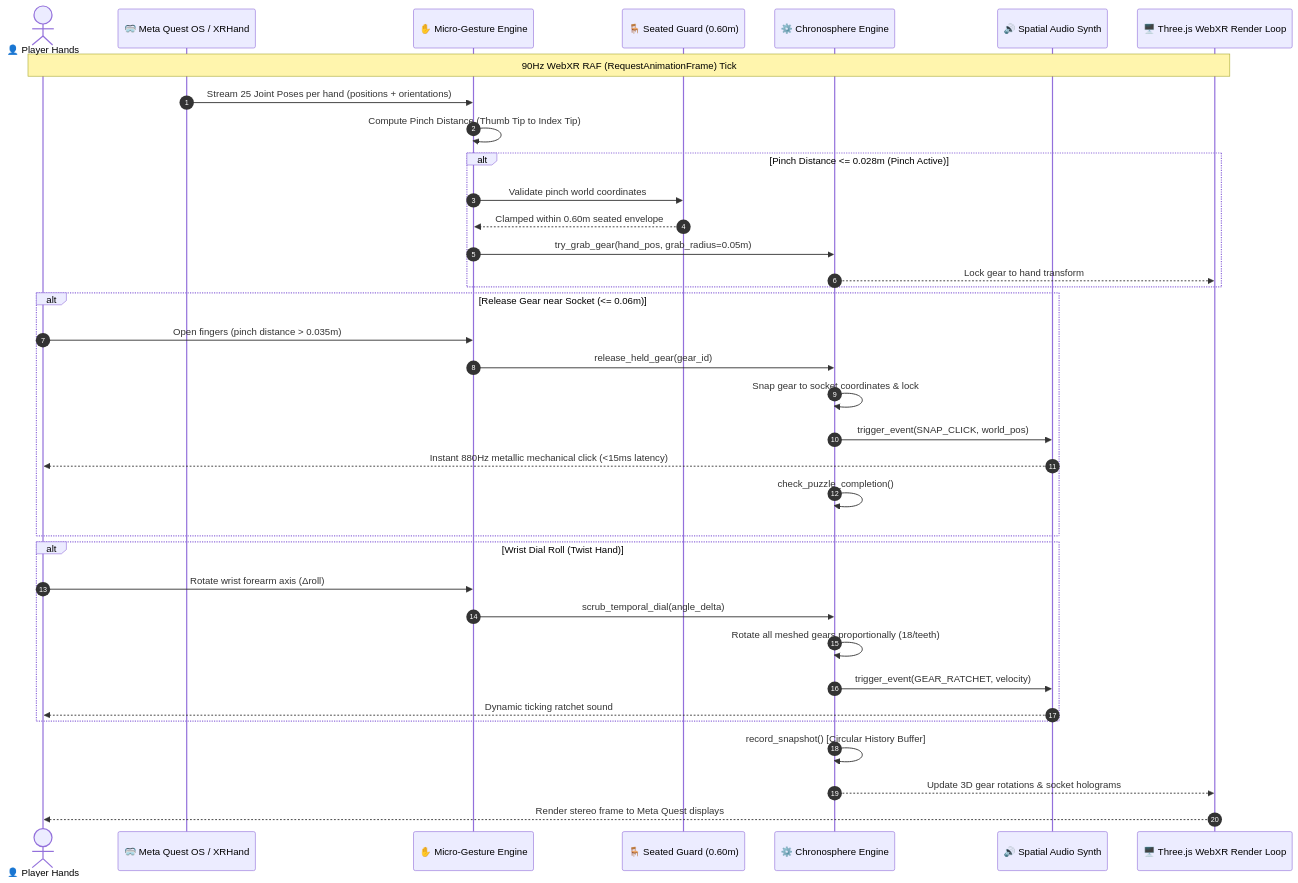
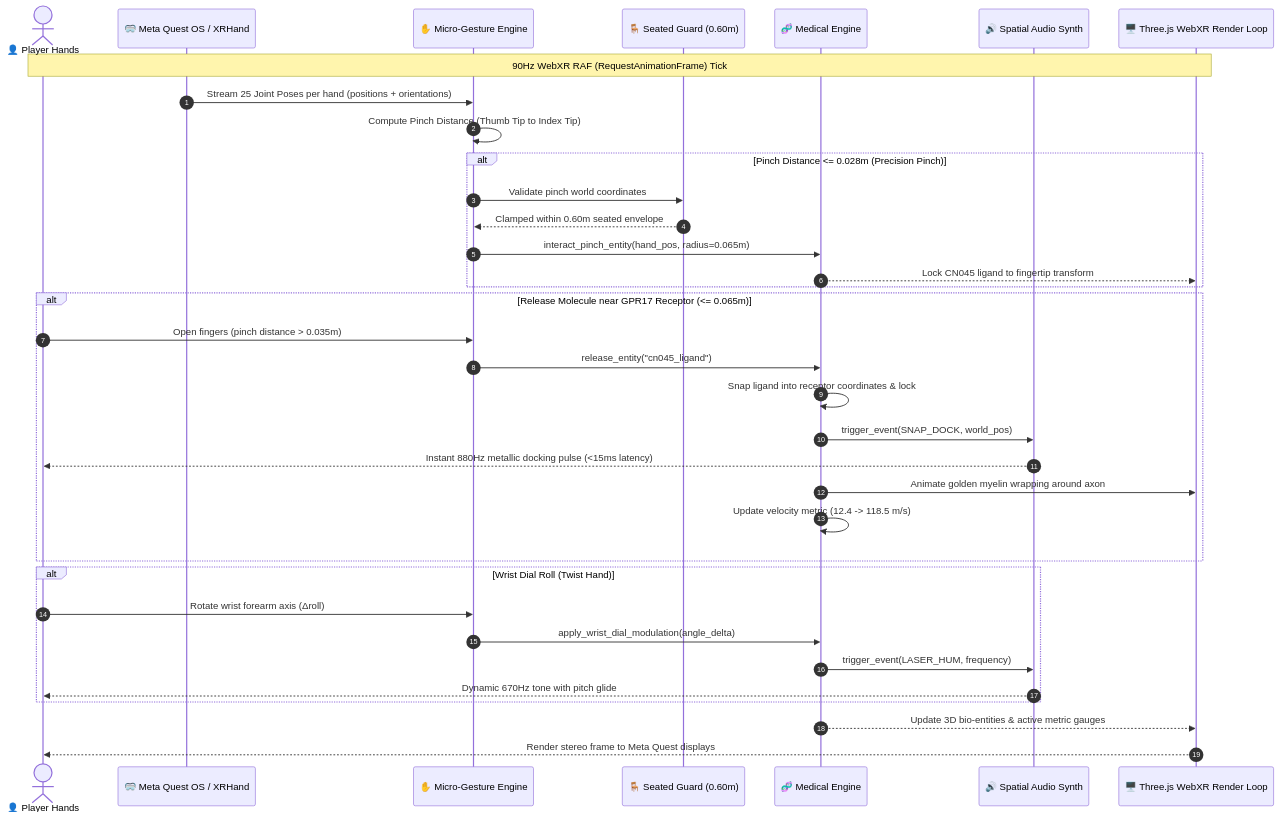
The second of 2 diagrams in daxda-next-gen/meta_vr_start_competition_2026/docs/ARCHITECTURE_DIAGRAM.md (osmesirius-ship-it/DAXDA-NEXTGEN), drawn with Mermaid before and after one commit. The commit also changed other lines of this file and 9 other files, not shown here.

Commit message:
feat(meta-vr): add DAXDA BioForge VR hands-first medical discovery synthesizer for Meta VR Start Competition 2026

````diff
--- a/daxda-next-gen/meta_vr_start_competition_2026/docs/ARCHITECTURE_DIAGRAM.md
+++ b/daxda-next-gen/meta_vr_start_competition_2026/docs/ARCHITECTURE_DIAGRAM.md
@@ -72,44 +84,43 @@
 ```mermaid
 sequenceDiagram
     autonumber
     actor Player as 👤 Player Hands
     participant Quest as 🥽 Meta Quest OS / XRHand
     participant Recognizer as ✋ Micro-Gesture Engine
     participant Guard as 🪑 Seated Guard (0.60m)
-    participant Physics as ⚙️ Chronosphere Engine
+    participant Discovery as 🧬 Medical Engine
     participant Audio as 🔊 Spatial Audio Synth
     participant Renderer as 🖥️ Three.js WebXR Render Loop
 
     %% 90Hz Frame Tick
     Note over Player,Renderer: 90Hz WebXR RAF (RequestAnimationFrame) Tick
     Quest->>Recognizer: Stream 25 Joint Poses per hand (positions + orientations)
     Recognizer->>Recognizer: Compute Pinch Distance (Thumb Tip to Index Tip)
     
-    alt Pinch Distance <= 0.028m (Pinch Active)
+    alt Pinch Distance <= 0.028m (Precision Pinch)
         Recognizer->>Guard: Validate pinch world coordinates
         Guard-->>Recognizer: Clamped within 0.60m seated envelope
-        Recognizer->>Physics: try_grab_gear(hand_pos, grab_radius=0.05m)
-        Physics-->>Renderer: Lock gear to hand transform
+        Recognizer->>Discovery: interact_pinch_entity(hand_pos, radius=0.065m)
+        Discovery-->>Renderer: Lock CN045 ligand to fingertip transform
     end
 
-    alt Release Gear near Socket (<= 0.06m)
+    alt Release Molecule near GPR17 Receptor (<= 0.065m)
         Player->>Recognizer: Open fingers (pinch distance > 0.035m)
-        Recognizer->>Physics: release_held_gear(gear_id)
-        Physics->>Physics: Snap gear to socket coordinates & lock
-        Physics->>Audio: trigger_event(SNAP_CLICK, world_pos)
-        Audio-->>Player: Instant 880Hz metallic mechanical click (<15ms latency)
-        Physics->>Physics: check_puzzle_completion()
+        Recognizer->>Discovery: release_entity("cn045_ligand")
+        Discovery->>Discovery: Snap ligand into receptor coordinates & lock
+        Discovery->>Audio: trigger_event(SNAP_DOCK, world_pos)
+        Audio-->>Player: Instant 880Hz metallic docking pulse (<15ms latency)
+        Discovery->>Renderer: Animate golden myelin wrapping around axon
+        Discovery->>Discovery: Update velocity metric (12.4 -> 118.5 m/s)
     end
 
     alt Wrist Dial Roll (Twist Hand)
         Player->>Recognizer: Rotate wrist forearm axis (Δroll)
-        Recognizer->>Physics: scrub_temporal_dial(angle_delta)
-        Physics->>Physics: Rotate all meshed gears proportionally (18/teeth)
-        Physics->>Audio: trigger_event(GEAR_RATCHET, velocity)
-        Audio-->>Player: Dynamic ticking ratchet sound
+        Recognizer->>Discovery: apply_wrist_dial_modulation(angle_delta)
+        Discovery->>Audio: trigger_event(LASER_HUM, frequency)
+        Audio-->>Player: Dynamic 670Hz tone with pitch glide
     end
 
-    Physics->>Physics: record_snapshot() [Circular History Buffer]
-    Physics-->>Renderer: Update 3D gear rotations & socket holograms
+    Discovery-->>Renderer: Update 3D bio-entities & active metric gauges
     Renderer-->>Player: Render stereo frame to Meta Quest displays
 ```
````
